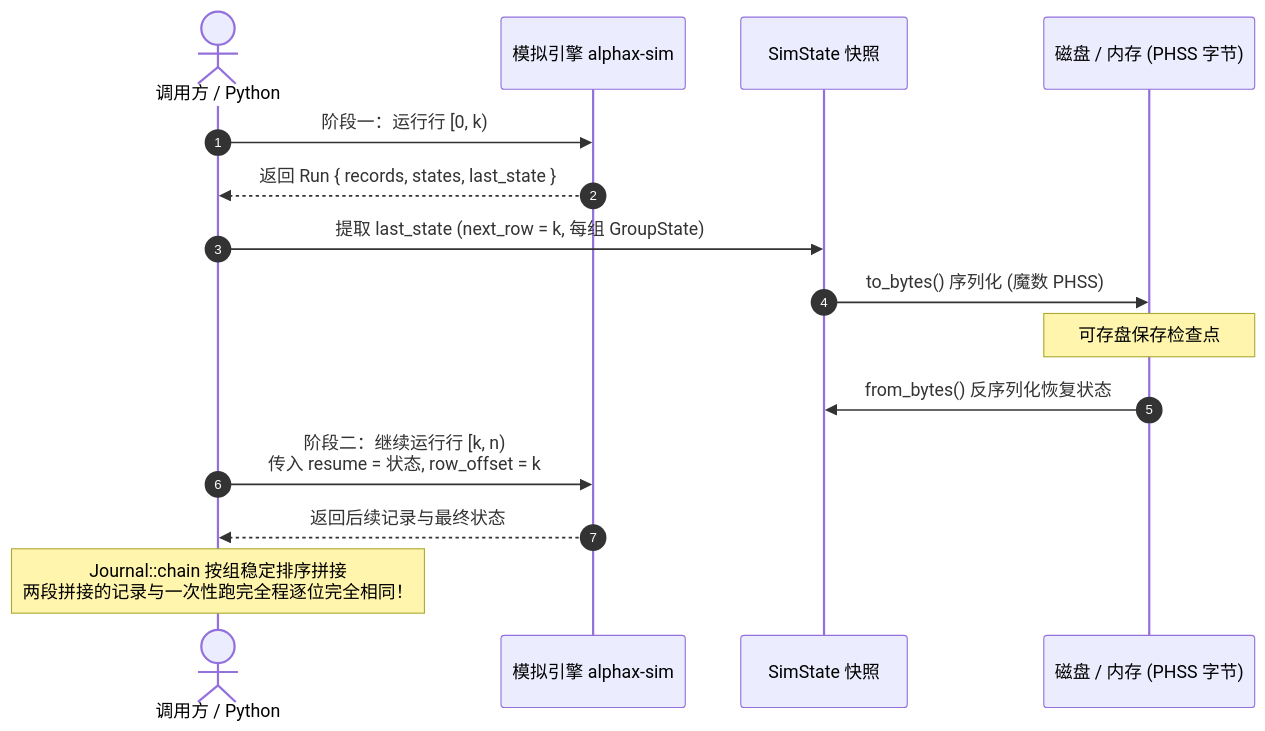
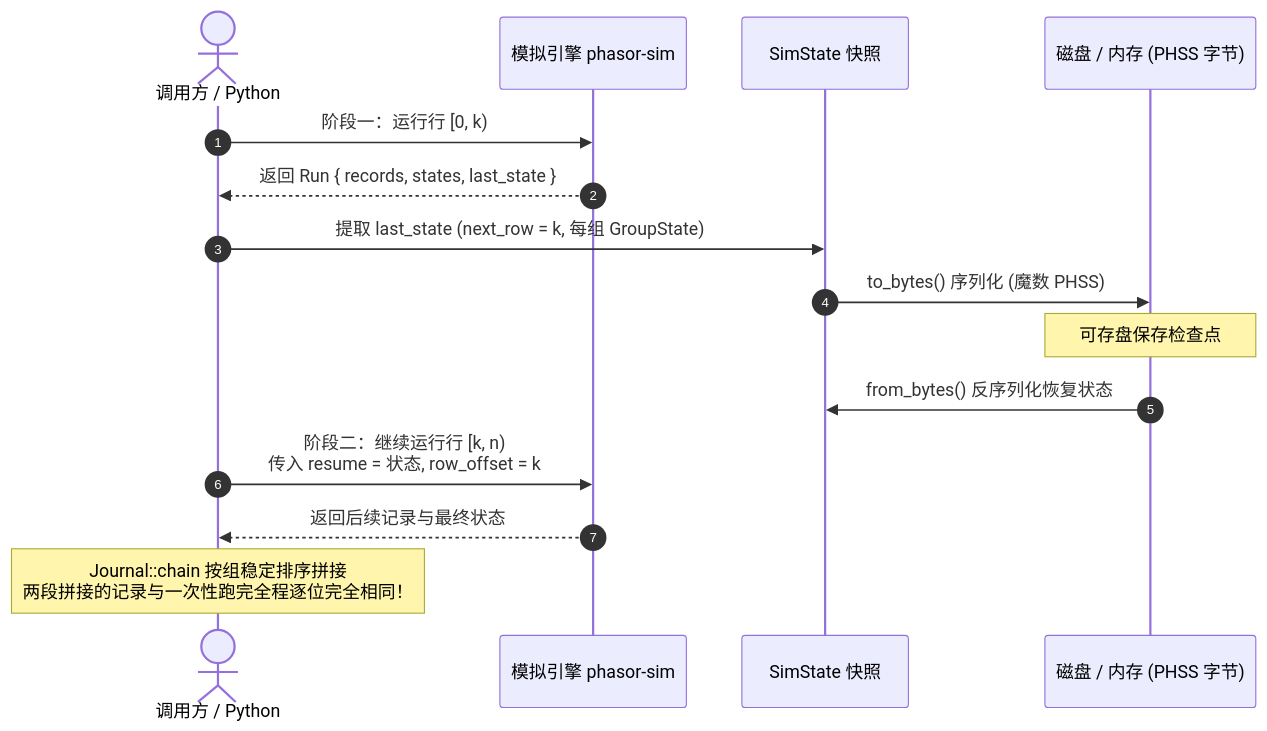
One commit to nivalume/alphax changed the sixth of 9 diagrams in docs/architecture.md. Above: the diagram before and after it, drawn with Mermaid. The commit also changed other lines of this file and 37 other files, not shown here.

````diff
--- a/docs/architecture.md
+++ b/docs/architecture.md
@@ -329,18 +329,18 @@
 ```mermaid
 sequenceDiagram
     autonumber
     actor Caller as 调用方 / Python
-    participant Sim as 模拟引擎 alphax-sim
+    participant Sim as 模拟引擎 phasor-sim
     participant State as SimState 快照
     participant Store as 磁盘 / 内存 (PHSS 字节)
 
     Caller->>Sim: 阶段一：运行行 [0, k)
     Sim-->>Caller: 返回 Run { records, states, last_state }
     Caller->>State: 提取 last_state (next_row = k, 每组 GroupState)
     State->>Store: to_bytes() 序列化 (魔数 PHSS)
     Note over Store: 可存盘保存检查点
     Store->>State: from_bytes() 反序列化恢复状态
     Caller->>Sim: 阶段二：继续运行行 [k, n)<br/>传入 resume = 状态, row_offset = k
     Sim-->>Caller: 返回后续记录与最终状态
     Note over Caller: Journal::chain 按组稳定排序拼接<br/>两段拼接的记录与一次性跑完全程逐位完全相同！
 ```
````
